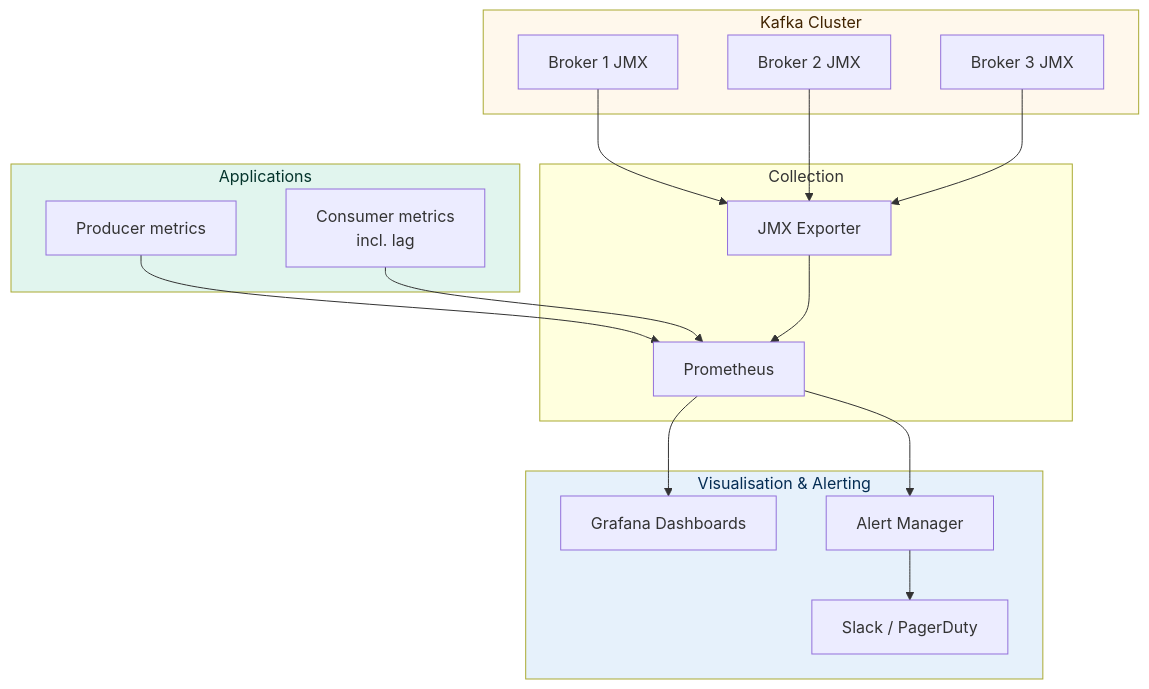
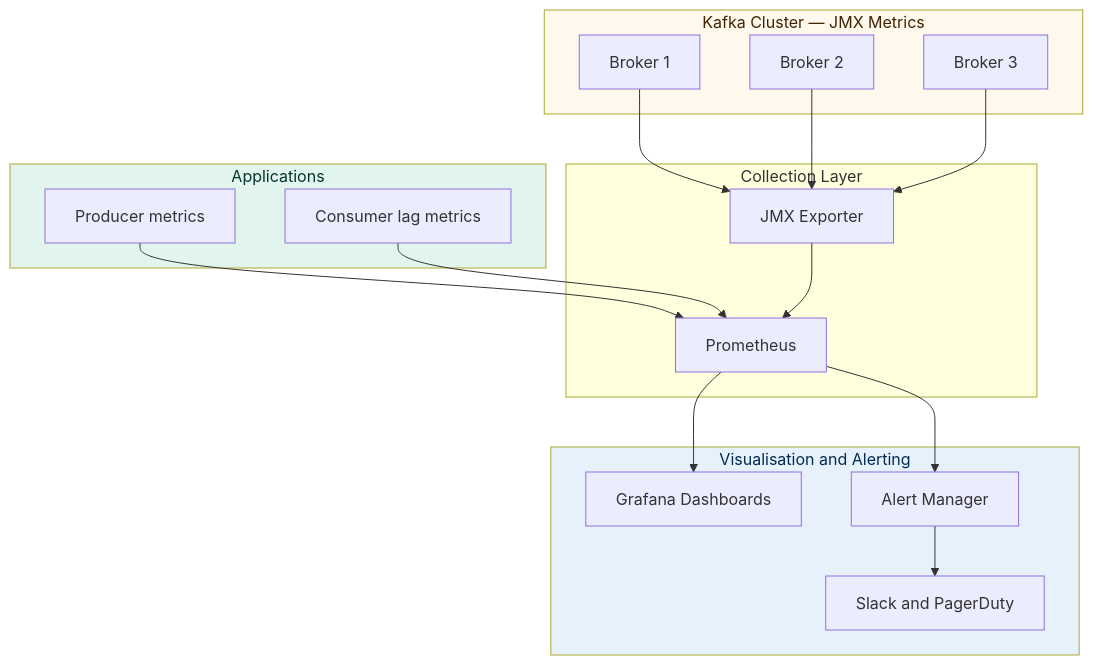
Before and after one commit to rahulsaxena23-code/best-practice: diagram 15 of 18 in kakfa/kafka_best_practices.md, drawn with Mermaid. The commit also changed other lines of this file, not shown here.

````diff
--- a/kakfa/kafka_best_practices.md
+++ b/kakfa/kafka_best_practices.md
@@ -938,35 +841,35 @@
 ```mermaid
-graph TB
-    subgraph Kafka["Kafka Cluster"]
-        B1[Broker 1 JMX]
-        B2[Broker 2 JMX]
-        B3[Broker 3 JMX]
+flowchart TB
+    subgraph Kafka["Kafka Cluster — JMX Metrics"]
+        B1[Broker 1]
+        B2[Broker 2]
+        B3[Broker 3]
     end
     subgraph Apps["Applications"]
         P[Producer metrics]
-        C[Consumer metrics\nincl. lag]
+        C[Consumer lag metrics]
     end
-    subgraph Collection["Collection"]
+    subgraph Collection["Collection Layer"]
         JE[JMX Exporter]
         PE[Prometheus]
     end
-    subgraph Visualisation["Visualisation & Alerting"]
+    subgraph Viz["Visualisation and Alerting"]
         GR[Grafana Dashboards]
         AM[Alert Manager]
-        SL[Slack / PagerDuty]
+        SL[Slack and PagerDuty]
     end
 
     B1 --> JE
     B2 --> JE
     B3 --> JE
     P --> PE
     C --> PE
     JE --> PE
     PE --> GR
     PE --> AM
     AM --> SL
 
     style Kafka fill:#FFF8EC,color:#412402
     style Apps fill:#E1F5EE,color:#04342C
-    style Visualisation fill:#E6F1FB,color:#042C53
+    style Viz fill:#E6F1FB,color:#042C53
 ```
````
